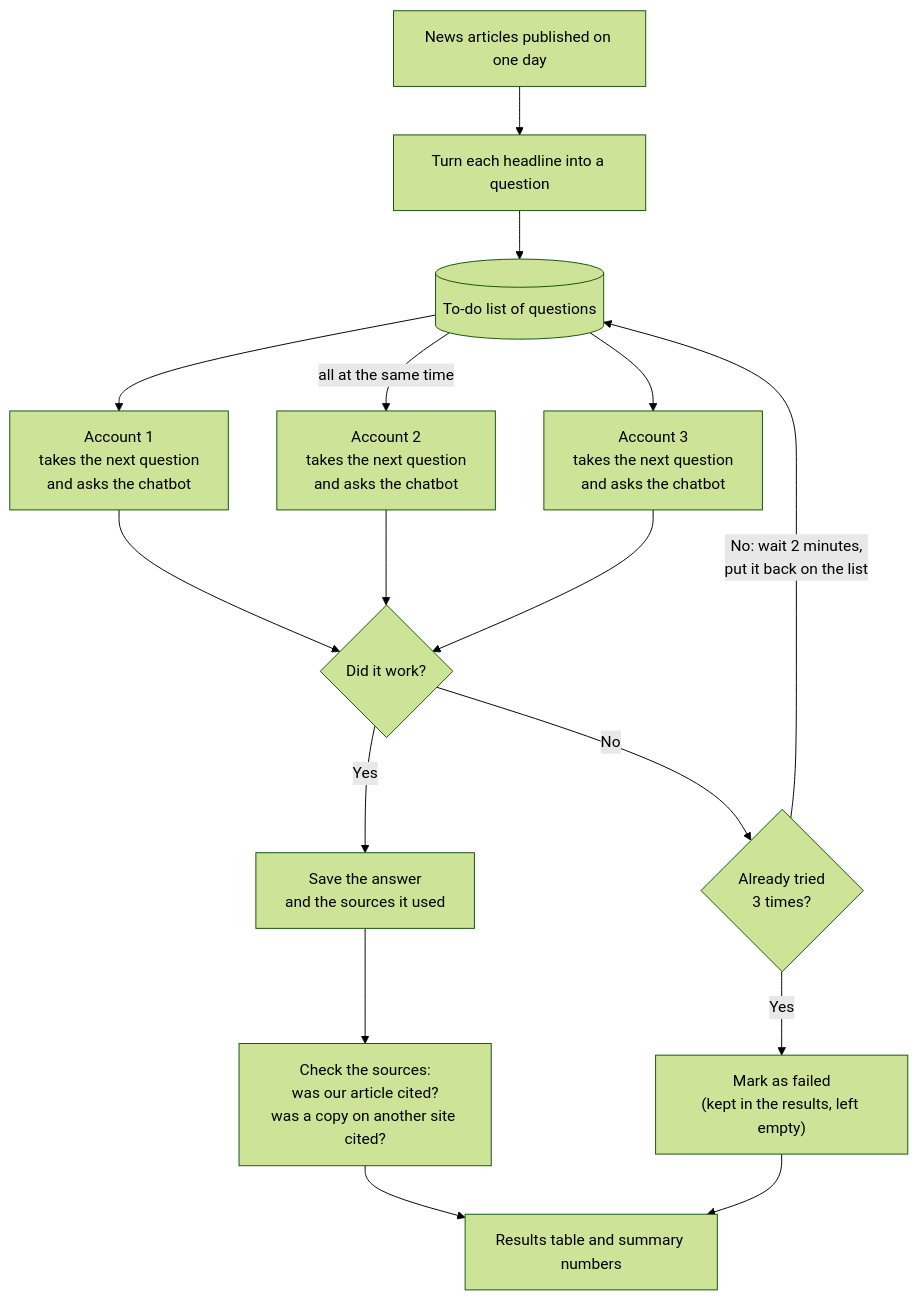
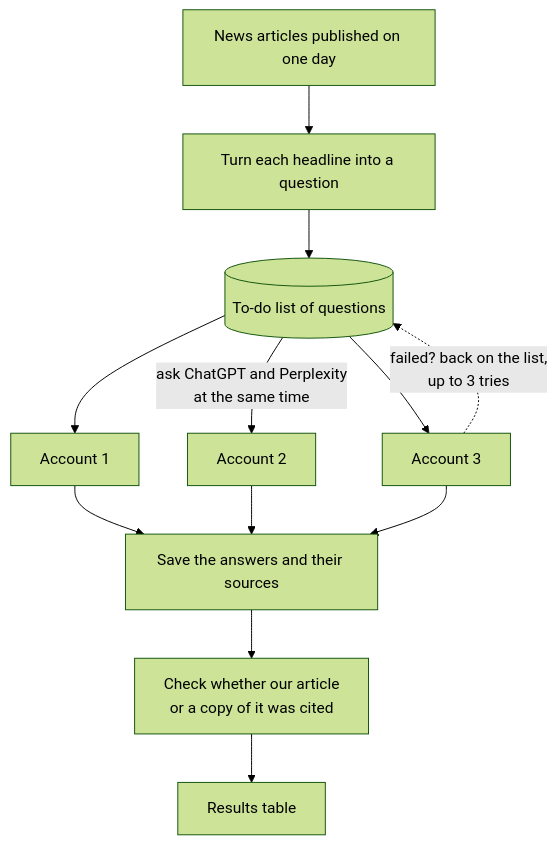
Before and after one commit to s21dyY/ai-search: the diagram in README.md, drawn with Mermaid (forest theme).

Commit message:
README: simplify the pipeline diagram
Drop the decision steps; keep the main flow, the accounts side by side,
and one dotted line for retries.

````diff
--- a/README.md
+++ b/README.md
@@ -7,18 +7,12 @@
 ```mermaid
 flowchart TD
     A["News articles published on one day"] --> B["Turn each headline into a question"]
     B --> L[("To-do list of questions")]
-
-    L --> W1["Account 1<br/>takes the next question<br/>and asks the chatbot"]
-    L -- "all at the same time" --> W2["Account 2<br/>takes the next question<br/>and asks the chatbot"]
-    L --> W3["Account 3<br/>takes the next question<br/>and asks the chatbot"]
-
-    W1 & W2 & W3 --> OK{"Did it work?"}
-    OK -- "Yes" --> D["Save the answer<br/>and the sources it used"]
-    OK -- "No" --> R{"Already tried<br/>3 times?"}
-    R -- "No: wait 2 minutes,<br/>put it back on the list" --> L
-    R -- "Yes" --> X["Mark as failed<br/>(kept in the results, left empty)"]
-    D --> E["Check the sources:<br/>was our article cited?<br/>was a copy on another site cited?"]
-    E --> F["Results table and summary numbers"]
-    X --> F
+    L --> W1["Account 1"]
+    L -- "ask ChatGPT and Perplexity<br/>at the same time" --> W2["Account 2"]
+    L --> W3["Account 3"]
+    W1 & W2 & W3 --> D["Save the answers and their sources"]
+    W3 -. "failed? back on the list,<br/>up to 3 tries" .-> L
+    D --> E["Check whether our article<br/>or a copy of it was cited"]
+    E --> F["Results table"]
 ```
````
